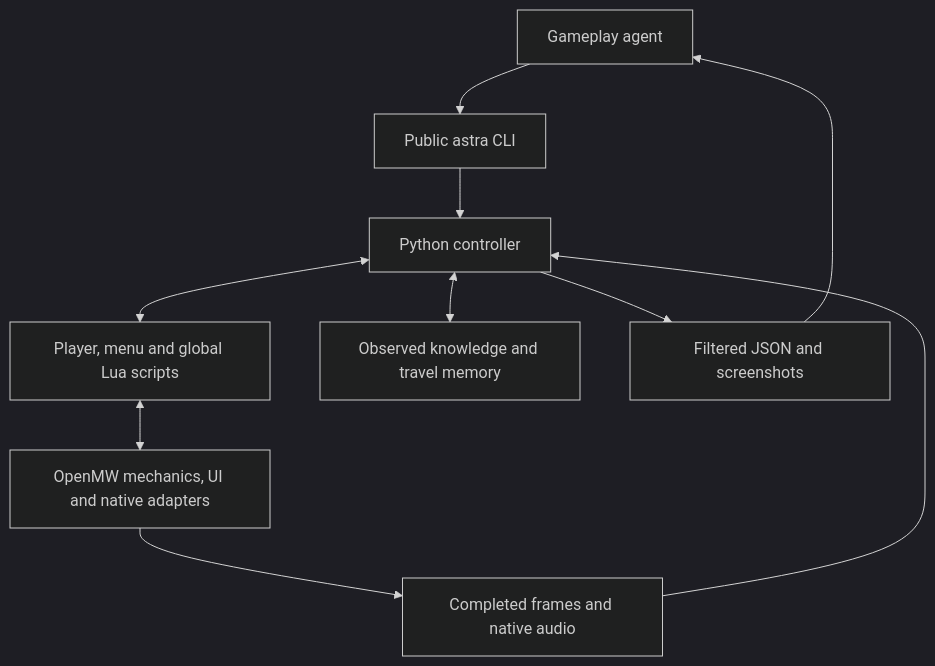
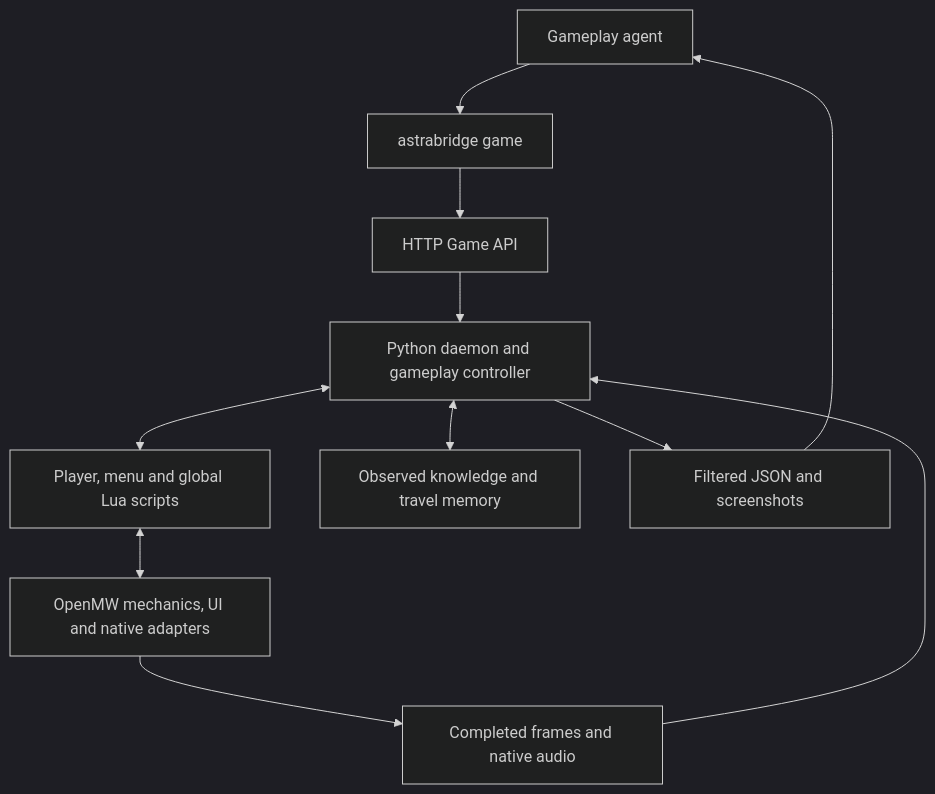
Before and after one commit to incident201/AstraBridgeForOpenMW: the diagram in docs/openmw-modifications.md, drawn with Mermaid (dark theme). The commit also changed other lines of this file and 231 other files, not shown here.

````diff
--- a/docs/openmw-modifications.md
+++ b/docs/openmw-modifications.md
@@ -29,12 +27,13 @@
 ```mermaid
 flowchart TD
-    Agent[Gameplay agent] --> CLI[Public astra CLI]
-    CLI --> Controller[Python controller]
+    Agent[Gameplay agent] --> CLI[astrabridge game]
+    CLI --> API[HTTP Game API]
+    API --> Controller[Python daemon and gameplay controller]
     Controller <--> Lua[Player, menu and global Lua scripts]
     Lua <--> Engine[OpenMW mechanics, UI and native adapters]
     Engine --> Capture[Completed frames and native audio]
     Capture --> Controller
     Controller <--> Memory[Observed knowledge and travel memory]
     Controller --> Observation[Filtered JSON and screenshots]
     Observation --> Agent
 ```
````
